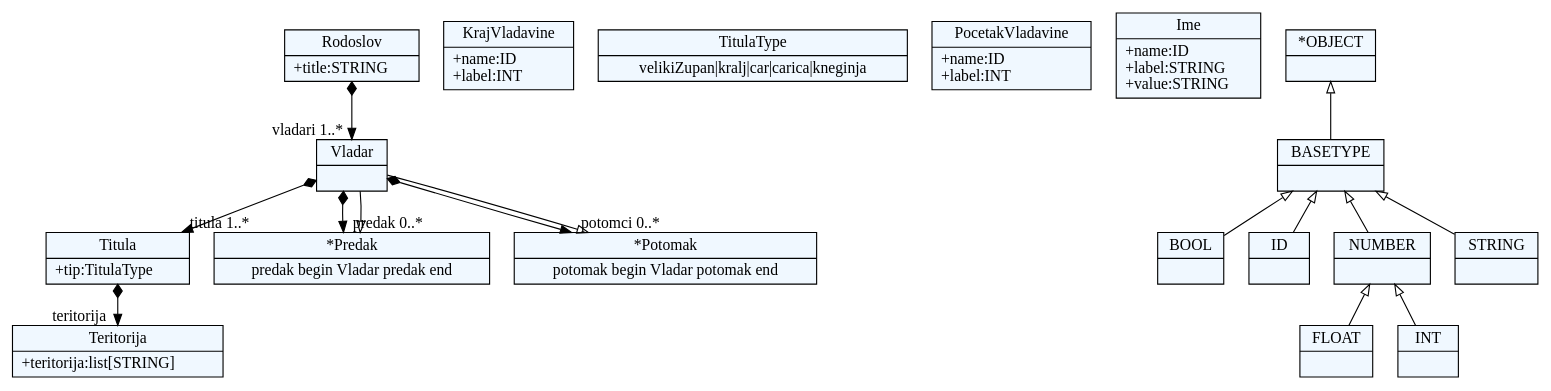
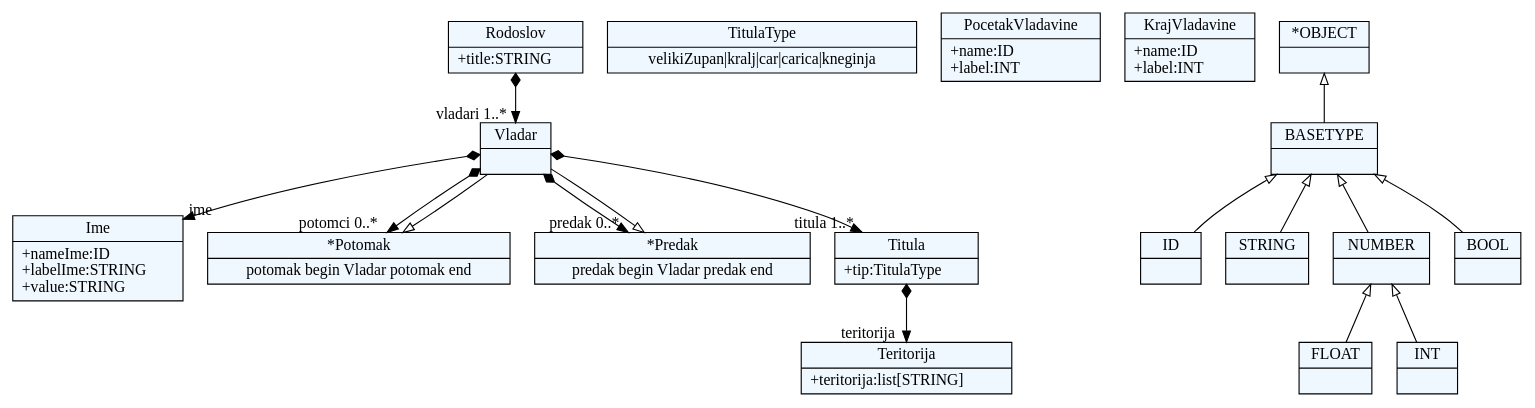
One commit to milenaL9/JSD_2017 changed the diagram in Projekat/forms/forms.dot. Above: the diagram before and after it, drawn with Graphviz. The commit also changed 7 other files, not shown here.

```diff
--- a/Projekat/forms/forms.dot
+++ b/Projekat/forms/forms.dot
@@ -1,65 +1,66 @@
 
     digraph xtext {
     fontname = "Bitstream Vera Sans"
     fontsize = 8
     node[
         shape=record,
         style=filled,
         fillcolor=aliceblue
     ]
     nodesep = 0.3
     edge[dir=black,arrowtail=empty]
 
 
-20801080 -> 20819960[arrowtail=diamond, dir=both, headlabel="titula 1..*"]
-20801080 -> 20834120[arrowtail=diamond, dir=both, headlabel="predak 0..*"]
-20801080 -> 20836952[arrowtail=diamond, dir=both, headlabel="potomci 0..*"]
-20801080[ label="{Vladar|}"]
+20864728 -> 20856232[arrowtail=diamond, dir=both, headlabel="vladari 1..*"]
+20864728[ label="{Rodoslov|+title:STRING\l}"]
 
-20831288[ label="{KrajVladavine|+name:ID\l+label:INT\l}"]
+20872280[ label="{Ime|+nameIme:ID\l+labelIme:STRING\l+value:STRING\l}"]
 
-20809576 -> 20801080[arrowtail=diamond, dir=both, headlabel="vladari 1..*"]
-20809576[ label="{Rodoslov|+title:STRING\l}"]
+20877944[ label="{TitulaType|velikiZupan\|kralj\|car\|carica\|kneginja}"]
 
-20822792[ label="{TitulaType|velikiZupan\|kralj\|car\|carica\|kneginja}"]
+20892104[ label="{*Potomak|potomak begin Vladar potomak end}"]
+20892104 -> 20856232 [dir=back]
 
-20836952[ label="{*Potomak|potomak begin Vladar potomak end}"]
-20836952 -> 20801080 [dir=back]
+20889272[ label="{*Predak|predak begin Vladar predak end}"]
+20889272 -> 20856232 [dir=back]
 
-20825624[ label="{Teritorija|+teritorija:list[STRING]\l}"]
+20883608[ label="{PocetakVladavine|+name:ID\l+label:INT\l}"]
 
-20834120[ label="{*Predak|predak begin Vladar predak end}"]
-20834120 -> 20801080 [dir=back]
+20875112 -> 20880776[arrowtail=diamond, dir=both, headlabel="teritorija "]
+20875112[ label="{Titula|+tip:TitulaType\l}"]
 
-20819960 -> 20825624[arrowtail=diamond, dir=both, headlabel="teritorija "]
-20819960[ label="{Titula|+tip:TitulaType\l}"]
+20880776[ label="{Teritorija|+teritorija:list[STRING]\l}"]
 
-20828456[ label="{PocetakVladavine|+name:ID\l+label:INT\l}"]
+20856232 -> 20872280[arrowtail=diamond, dir=both, headlabel="ime "]
+20856232 -> 20875112[arrowtail=diamond, dir=both, headlabel="titula 1..*"]
+20856232 -> 20889272[arrowtail=diamond, dir=both, headlabel="predak 0..*"]
+20856232 -> 20892104[arrowtail=diamond, dir=both, headlabel="potomci 0..*"]
+20856232[ label="{Vladar|}"]
 
-20817128[ label="{Ime|+name:ID\l+label:STRING\l+value:STRING\l}"]
+20886440[ label="{KrajVladavine|+name:ID\l+label:INT\l}"]
 
-20807688[ label="{FLOAT|}"]
+20851512[ label="{ID|}"]
 
-20802024[ label="{BOOL|}"]
+20854344[ label="{STRING|}"]
 
-20796360[ label="{ID|}"]
+20871336[ label="{*OBJECT|}"]
+20871336 -> 20868504 [dir=back]
 
-20813352[ label="{BASETYPE|}"]
-20813352 -> 20810520 [dir=back]
-20813352 -> 20802024 [dir=back]
-20813352 -> 20796360 [dir=back]
-20813352 -> 20799192 [dir=back]
+20865672[ label="{NUMBER|}"]
+20865672 -> 20862840 [dir=back]
+20865672 -> 20860008 [dir=back]
 
-20810520[ label="{NUMBER|}"]
-20810520 -> 20807688 [dir=back]
-20810520 -> 20804856 [dir=back]
+20857176[ label="{BOOL|}"]
 
-20816184[ label="{*OBJECT|}"]
-20816184 -> 20813352 [dir=back]
+20860008[ label="{INT|}"]
 
-20799192[ label="{STRING|}"]
+20868504[ label="{BASETYPE|}"]
+20868504 -> 20865672 [dir=back]
+20868504 -> 20857176 [dir=back]
+20868504 -> 20851512 [dir=back]
+20868504 -> 20854344 [dir=back]
 
-20804856[ label="{INT|}"]
+20862840[ label="{FLOAT|}"]
 
 
 }
```
